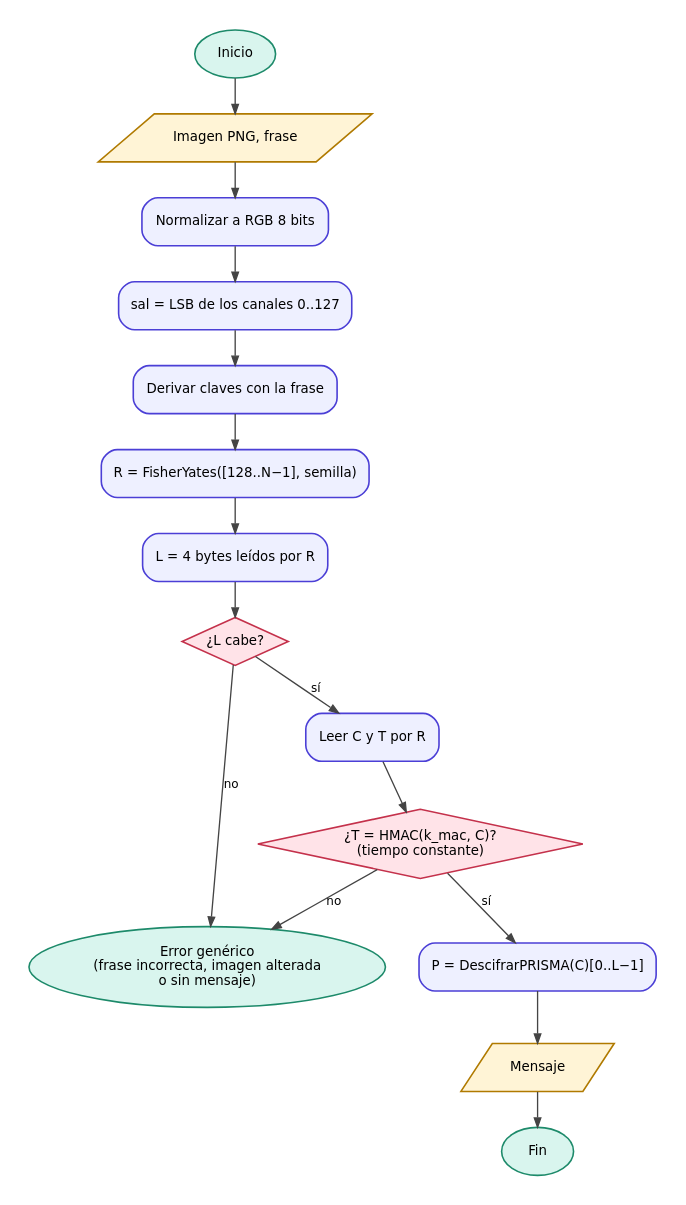
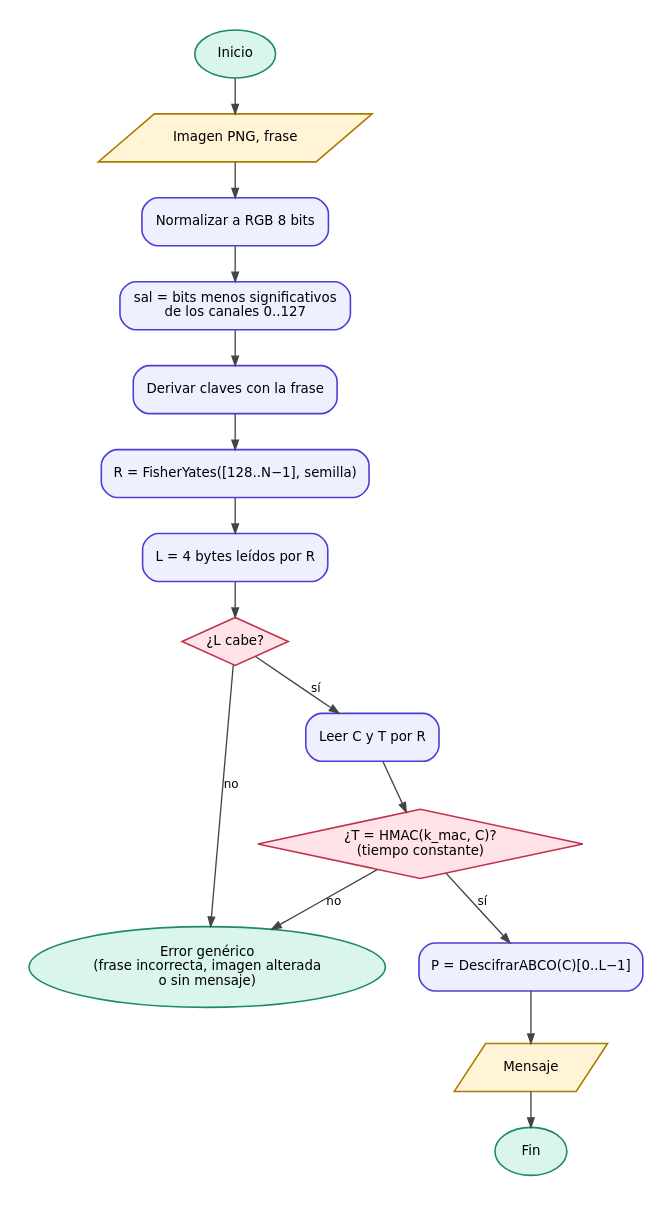
The diagram in Examen_Prisma/docs/diagramas/prisma_revelar.dot (yaelrdf/Virologia_Criptografia_UPIICSA), drawn with Graphviz before and after one commit. The commit also changed 16 other files, not shown here.

First line of the commit message:
Documentación ABCO: diagramas, API, README, DEPLOY y generador del Word actualizados

```diff
--- a/Examen_Prisma/docs/diagramas/prisma_revelar.dot
+++ b/Examen_Prisma/docs/diagramas/prisma_revelar.dot
@@ -1,10 +1,10 @@
 digraph G { graph [fontname="DejaVu Sans", fontsize=11, nodesep=0.35, ranksep=0.35, pad=0.2, bgcolor="white"];
 node [fontname="DejaVu Sans", fontsize=10, shape=box, style="rounded,filled", fillcolor="#eef0ff", color="#4b3fd6", penwidth=1.2, margin="0.15,0.07"];
 edge [fontname="DejaVu Sans", fontsize=9, color="#444444", arrowsize=0.7];
   ini [label="Inicio", shape=oval, style=filled, fillcolor="#d9f5ee", color="#1d8a6a"]; fin [label="Fin", shape=oval, style=filled, fillcolor="#d9f5ee", color="#1d8a6a"]; err [label="Error genérico\n(frase incorrecta, imagen alterada\no sin mensaje)", shape=oval, style=filled, fillcolor="#d9f5ee", color="#1d8a6a"];
-  ent [label="Imagen PNG, frase", shape=parallelogram, style=filled, fillcolor="#fff4d6", color="#b07a00"]; rgb [label="Normalizar a RGB 8 bits"]; sal [label="sal = LSB de los canales 0..127"];
+  ent [label="Imagen PNG, frase", shape=parallelogram, style=filled, fillcolor="#fff4d6", color="#b07a00"]; rgb [label="Normalizar a RGB 8 bits"]; sal [label="sal = bits menos significativos\nde los canales 0..127"];
   der [label="Derivar claves con la frase"]; rec [label="R = FisherYates([128..N−1], semilla)"]; len [label="L = 4 bytes leídos por R"];
   q1 [label="¿L cabe?", shape=diamond, style=filled, fillcolor="#ffe3e8", color="#c4314b", margin="0.05,0.03"]; rd [label="Leer C y T por R"]; q2 [label="¿T = HMAC(k_mac, C)?\n(tiempo constante)", shape=diamond, style=filled, fillcolor="#ffe3e8", color="#c4314b", margin="0.05,0.03"];
-  dec [label="P = DescifrarPRISMA(C)[0..L−1]"]; out [label="Mensaje", shape=parallelogram, style=filled, fillcolor="#fff4d6", color="#b07a00"];
+  dec [label="P = DescifrarABCO(C)[0..L−1]"]; out [label="Mensaje", shape=parallelogram, style=filled, fillcolor="#fff4d6", color="#b07a00"];
   ini -> ent -> rgb -> sal -> der -> rec -> len -> q1; q1 -> err [label="no"]; q1 -> rd [label="sí"]; rd -> q2; q2 -> err [label="no"]; q2 -> dec [label="sí"]; dec -> out -> fin;
 }
```
